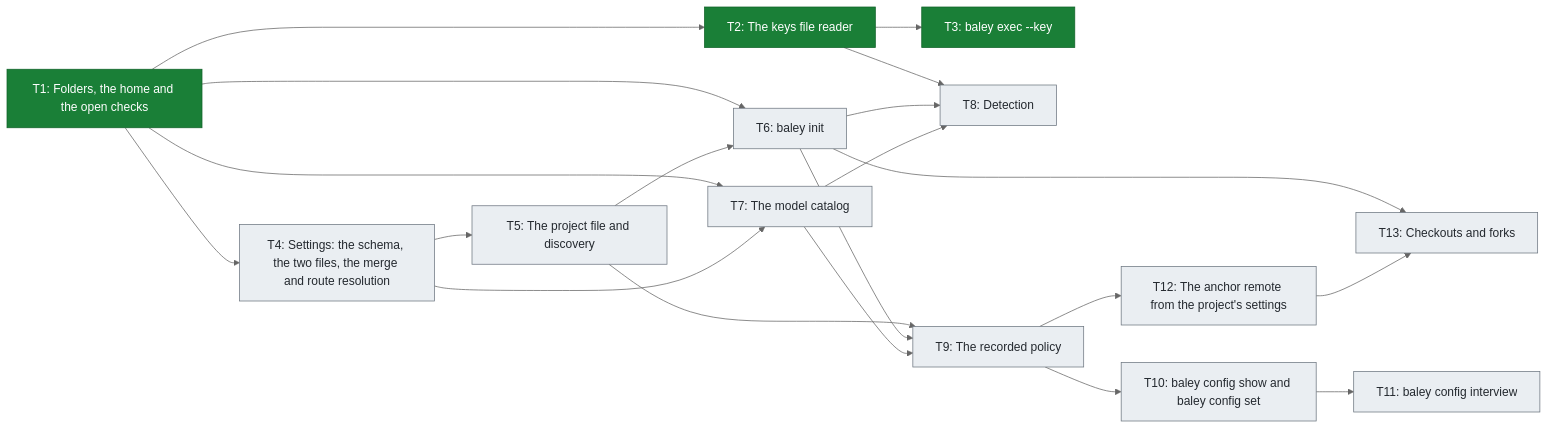
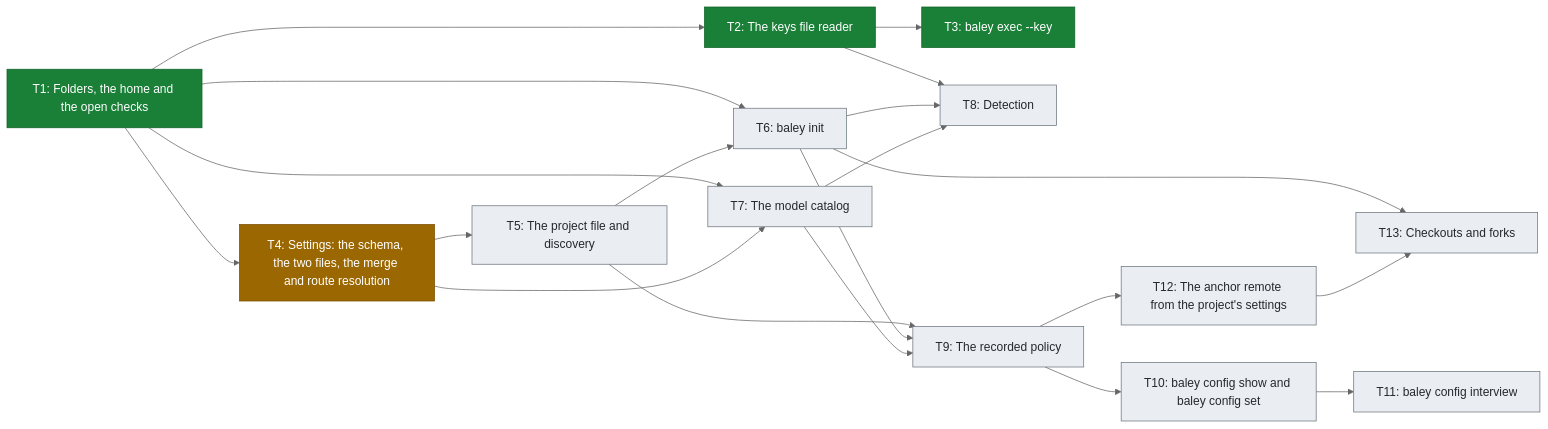
The third of 3 diagrams in docs/roadmap.md (crenshawdev/baley), drawn with Mermaid (neutral theme) before and after one commit. The commit also changed other lines of this file, not shown here.

Commit message:
docs(roadmap): mark Build 2 T4 in progress
Build 2, task 4 (#23). T4's settings policy is now being built. The
pull request link joins T4's row once the pull request exists.

````diff
--- a/docs/roadmap.md
+++ b/docs/roadmap.md
@@ -100,41 +100,43 @@
 ```mermaid
 flowchart LR
     T1["T1: Folders, the home and the open checks"]
     T2["T2: The keys file reader"]
     T3["T3: baley exec --key"]
     T4["T4: Settings: the schema, the two files, the merge and route resolution"]
     T5["T5: The project file and discovery"]
     T6["T6: baley init"]
     T7["T7: The model catalog"]
     T8["T8: Detection"]
     T9["T9: The recorded policy"]
     T10["T10: baley config show and baley config set"]
     T11["T11: baley config interview"]
     T12["T12: The anchor remote from the project's settings"]
     T13["T13: Checkouts and forks"]
 
     T1 --> T2
     T1 --> T4
     T1 --> T6
     T1 --> T7
     T2 --> T3
     T2 --> T8
     T4 --> T5
     T4 --> T7
     T5 --> T6
     T5 --> T9
     T6 --> T8
     T6 --> T9
     T6 --> T13
     T7 --> T8
     T7 --> T9
     T9 --> T10
     T9 --> T12
     T10 --> T11
     T12 --> T13
 
     classDef done fill:#1a7f37,stroke:#116329,color:#ffffff
     classDef planned fill:#eaeef2,stroke:#6e7781,color:#24292f
+    classDef progress fill:#9a6700,stroke:#7d4e00,color:#ffffff
     class T1,T2,T3 done
-    class T4,T5,T6,T7,T8,T9,T10,T11,T12,T13 planned
+    class T4 progress
+    class T5,T6,T7,T8,T9,T10,T11,T12,T13 planned
 ```
````
